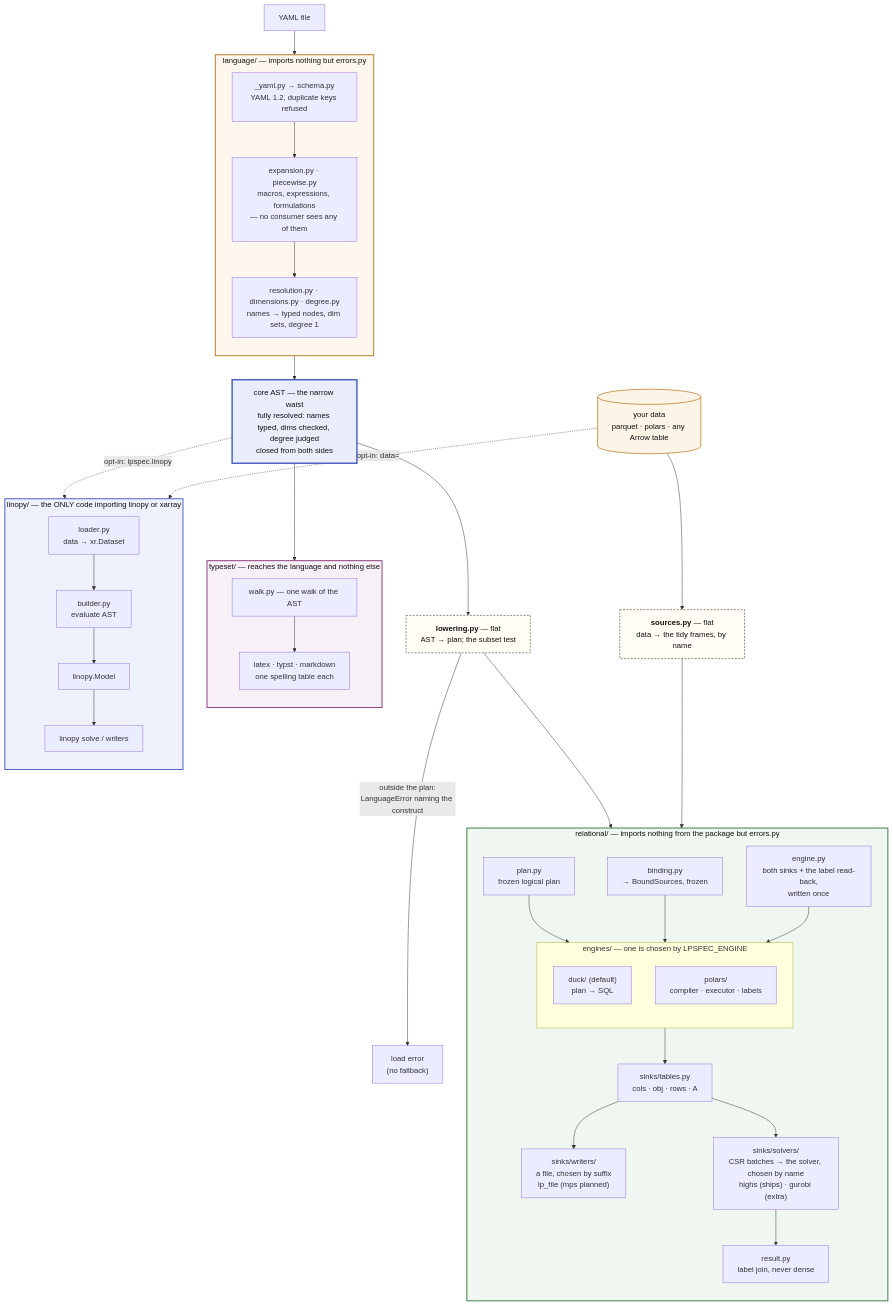
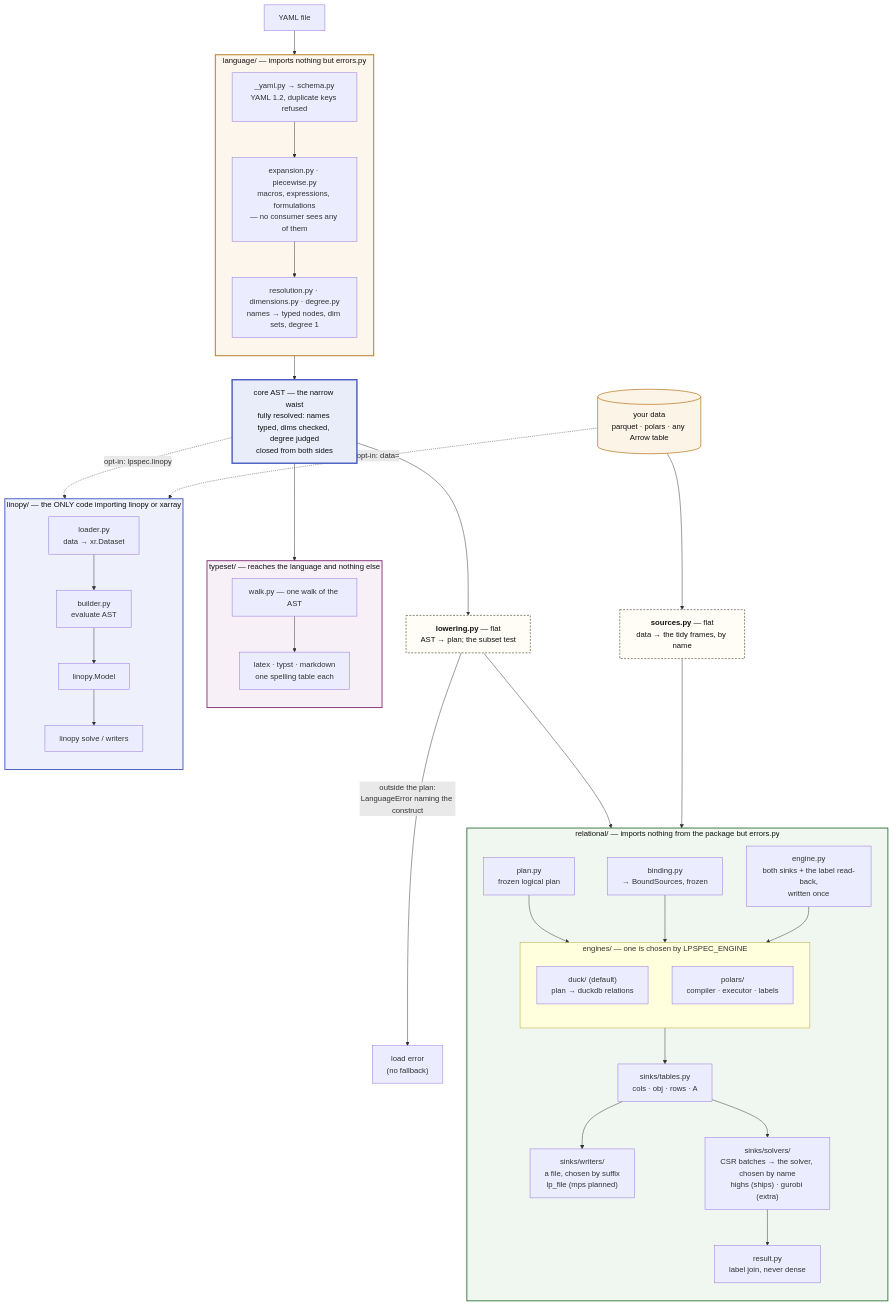
The first of 2 diagrams in docs/ARCHITECTURE.md (FBumann/linopy-yaml), drawn with Mermaid before and after one commit. The commit also changed other lines of this file and 4 other files, not shown here.

Commit message:
refactor(duck): the engine composes relations instead of writing SQL

````diff
--- a/docs/ARCHITECTURE.md
+++ b/docs/ARCHITECTURE.md
@@ -47,69 +47,69 @@
 ```mermaid
 flowchart TB
     Y[YAML file] --> LANG
 
     subgraph LANG["language/ — imports nothing but errors.py"]
         direction TB
         SCHEMA["_yaml.py → schema.py<br/>YAML 1.2, duplicate keys refused"]
         SCHEMA --> EXPAND["expansion.py · piecewise.py<br/>macros, expressions, formulations<br/>— no consumer sees any of them"]
         EXPAND --> RESOLVE["resolution.py · dimensions.py · degree.py<br/>names → typed nodes, dim sets, degree 1"]
     end
 
     LANG --> AST["core AST — the narrow waist<br/>fully resolved: names typed, dims checked, degree judged<br/>closed from both sides"]
 
     AST --> LOWER
     AST --> WALK
     AST -.->|"opt-in: lpspec.linopy"| BUILD
 
     DATA[("your data<br/>parquet · polars · any Arrow table")] --> SRC
     DATA -.->|"opt-in: data="| LOAD
 
     LOWER["<b>lowering.py</b> — flat<br/>AST → plan; the subset test"]
     SRC["<b>sources.py</b> — flat<br/>data → the tidy frames, by name"]
 
     LOWER --> PLAN
     SRC --> BIND
     LOWER -->|"outside the plan:<br/>LanguageError naming the construct"| ERR["load error<br/>(no fallback)"]
 
     subgraph REL["relational/ — imports nothing from the package but errors.py"]
         direction TB
         PLAN["plan.py<br/>frozen logical plan"] --> ENG
         BIND["binding.py<br/>→ BoundSources, frozen"] --> ENG
         ENGB["engine.py<br/>both sinks + the label read-back,<br/>written once"] --> ENG
         subgraph ENG["engines/ — one is chosen by LPSPEC_ENGINE"]
             direction TB
-            DUCK["duck/ (default)<br/>plan → SQL"]
+            DUCK["duck/ (default)<br/>plan → duckdb relations"]
             POL["polars/<br/>compiler · executor · labels"]
         end
         ENG --> TABLES["sinks/tables.py<br/>cols · obj · rows · A"]
         TABLES --> LPS["sinks/writers/<br/>a file, chosen by suffix<br/>lp_file (mps planned)"]
         TABLES --> DIRECT["sinks/solvers/<br/>CSR batches → the solver, chosen by name<br/>highs (ships) · gurobi (extra)"]
         DIRECT --> SOL["result.py<br/>label join, never dense"]
     end
 
     subgraph TS["typeset/ — reaches the language and nothing else"]
         direction TB
         WALK["walk.py — one walk of the AST"] --> FMT["latex · typst · markdown<br/>one spelling table each"]
     end
 
     subgraph EAGER["linopy/ — the ONLY code importing linopy or xarray"]
         direction TB
         LOAD["loader.py<br/>data → xr.Dataset"] --> BUILD["builder.py<br/>evaluate AST"]
         BUILD --> MODEL[linopy.Model] --> SOLVE["linopy solve / writers"]
     end
 
     classDef laneL fill:#fdf6ec,stroke:#b7791f,stroke-width:2px,color:#111
     classDef laneR fill:#f0f7f0,stroke:#3a7d44,stroke-width:2px,color:#111
     classDef laneE fill:#eef1fb,stroke:#4a5fc1,stroke-width:2px,color:#111
     classDef laneT fill:#f7f0f7,stroke:#8b3a7d,stroke-width:2px,color:#111
     classDef waist fill:#e9edfa,stroke:#4a5fc1,stroke-width:3px,color:#111
     classDef flat fill:#fffdf5,stroke:#8a8578,stroke-width:2px,stroke-dasharray:4 3,color:#111
     classDef data fill:#fdf4e8,stroke:#b7791f,stroke-width:1.5px,color:#111
     class LANG laneL
     class REL laneR
     class EAGER laneE
     class TS laneT
     class AST waist
     class LOWER,SRC flat
     class DATA data
 ```
````
